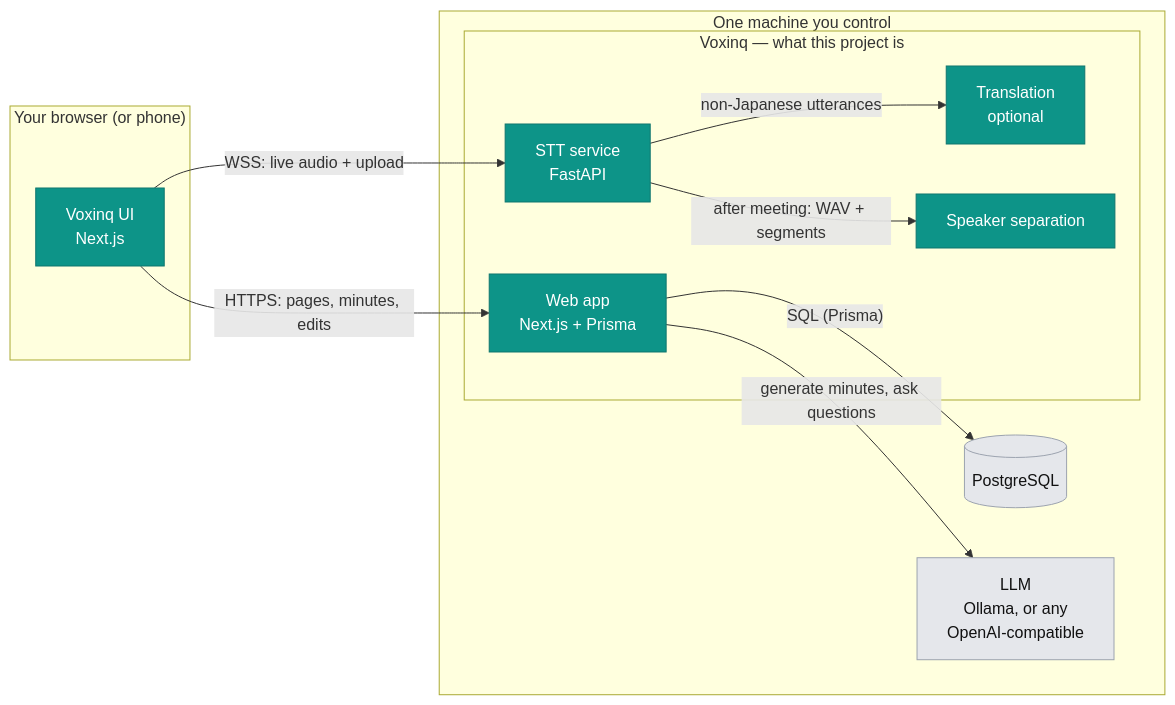
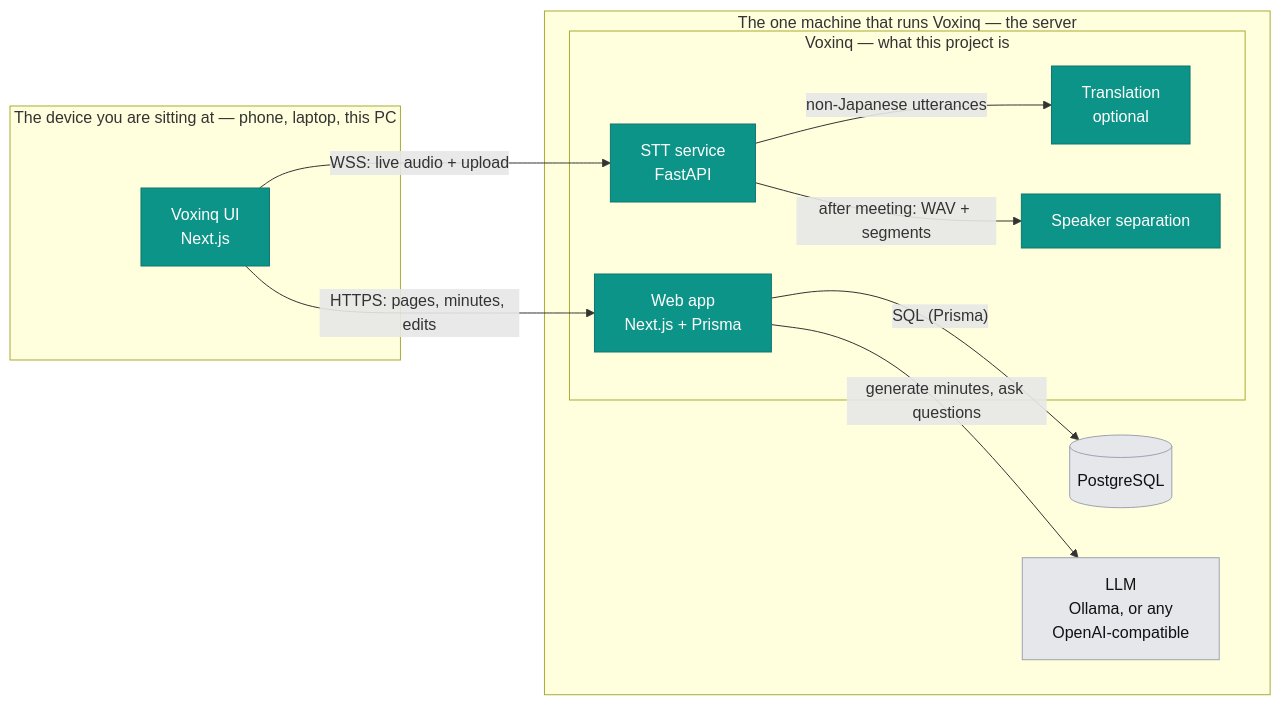
The diagram in docs/architecture.md (ikasast/voxinq-meeting), drawn with Mermaid before and after one commit. The commit also changed other lines of this file and 1 other file, not shown here.

First line of the commit message:
Say which box in the diagram is the server

````diff
--- a/docs/architecture.md
+++ b/docs/architecture.md
@@ -3,28 +3,28 @@
 ```mermaid
 flowchart LR
-  subgraph Browser["Your browser (or phone)"]
+  subgraph Browser["The device you are sitting at — phone, laptop, this PC"]
     UI["Voxinq UI<br/>Next.js"]
   end
-  subgraph Host["One machine you control"]
+  subgraph Host["The one machine that runs Voxinq — the server"]
     subgraph Vox["Voxinq — what this project is"]
       Web["Web app<br/>Next.js + Prisma"]
       STT["STT service<br/>FastAPI"]
       TR["Translation<br/>optional"]
       DIA["Speaker separation"]
     end
     DB[("PostgreSQL")]
     LLM["LLM<br/>Ollama, or any<br/>OpenAI-compatible"]
   end
 
   UI -- "HTTPS: pages, minutes, edits" --> Web
   UI -- "WSS: live audio + upload" --> STT
   Web -- "SQL (Prisma)" --> DB
   Web -- "generate minutes, ask questions" --> LLM
   STT -- "non-Japanese utterances" --> TR
   STT -- "after meeting: WAV + segments" --> DIA
 
   classDef own fill:#0d9488,stroke:#0f766e,color:#fff
   classDef ext fill:#e5e7eb,stroke:#9ca3af,color:#111
   class UI,Web,STT,TR,DIA own
   class DB,LLM ext
 ```
````
